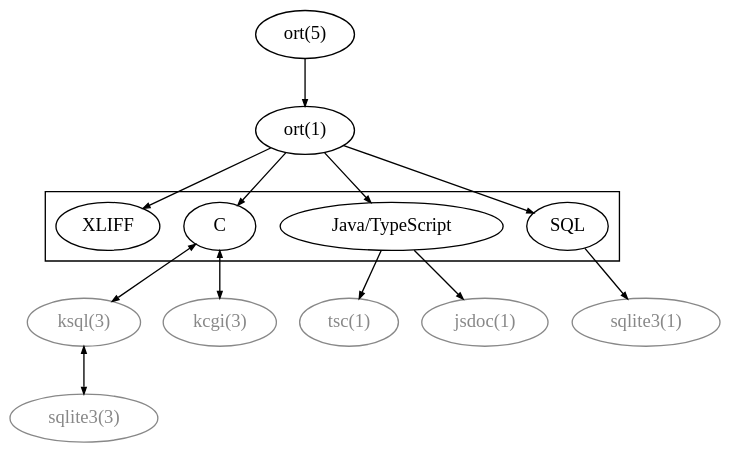
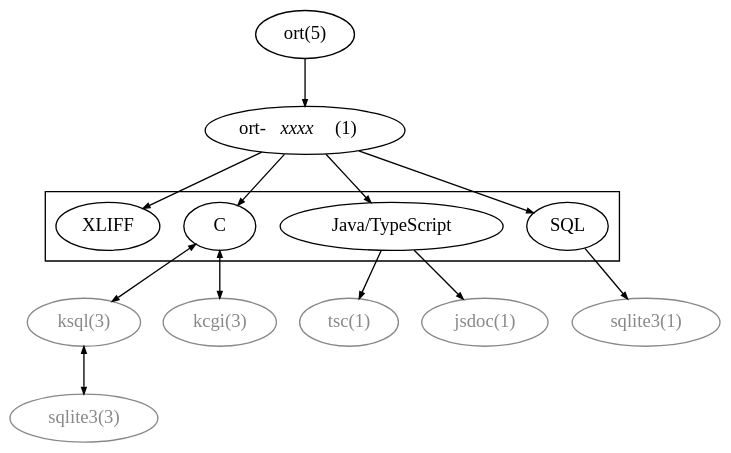
Before and after one commit to kristapsdz/openradtool: the diagram in index.dot, drawn with Graphviz. The commit also changed 12 other files, not shown here.

```diff
--- a/index.dot
+++ b/index.dot
@@ -1,43 +1,43 @@
 digraph {
 	edge [arrowsize="0.5";];
 	bgcolor="transparent";
 	splines=false;
 
 	cfg[label="ort(5)"];
-	bin[label="ort(1)"];
+	bin[label=< ort-<I>xxxx</I>&nbsp;&nbsp;(1) >];
 
 	{ rank=same; cfg; }
 	{ rank=same; bin; }
 
 	subgraph cluster0 {
 		{ rank=same; src; js; sql; }
 		src[label="C"];
 		js[label="Java/TypeScript"];
 		sql[label="SQL"];
 		xliff[label="XLIFF"];
 	}
 	cfg -> bin;
 	bin -> src;
 	bin -> js;
 	bin -> sql;
 	bin -> xliff;
 
 	{ rank=same; ksql; kcgi; sqlite1; tsc; jsdoc; }
 	{ rank=same; sqlite; }
 
 	sqlite1[label="sqlite3(1)", fontcolor="#888888", color="#888888"];
 	tsc[label="tsc(1)", fontcolor="#888888", color="#888888"];
 	jsdoc[label="jsdoc(1)", fontcolor="#888888", color="#888888"];
 	kcgi[label="kcgi(3)", fontcolor="#888888", color="#888888"];
 	ksql[label="ksql(3)", fontcolor="#888888", color="#888888"];
 	sqlite[label="sqlite3(3)", fontcolor="#888888", color="#888888"];
 
 	sql -> sqlite1;
 
 	js -> tsc;
 	js -> jsdoc;
 
 	src -> ksql[dir="both"];
 	src -> kcgi[dir="both"];
 	ksql -> sqlite[dir="both"];
 }
```
